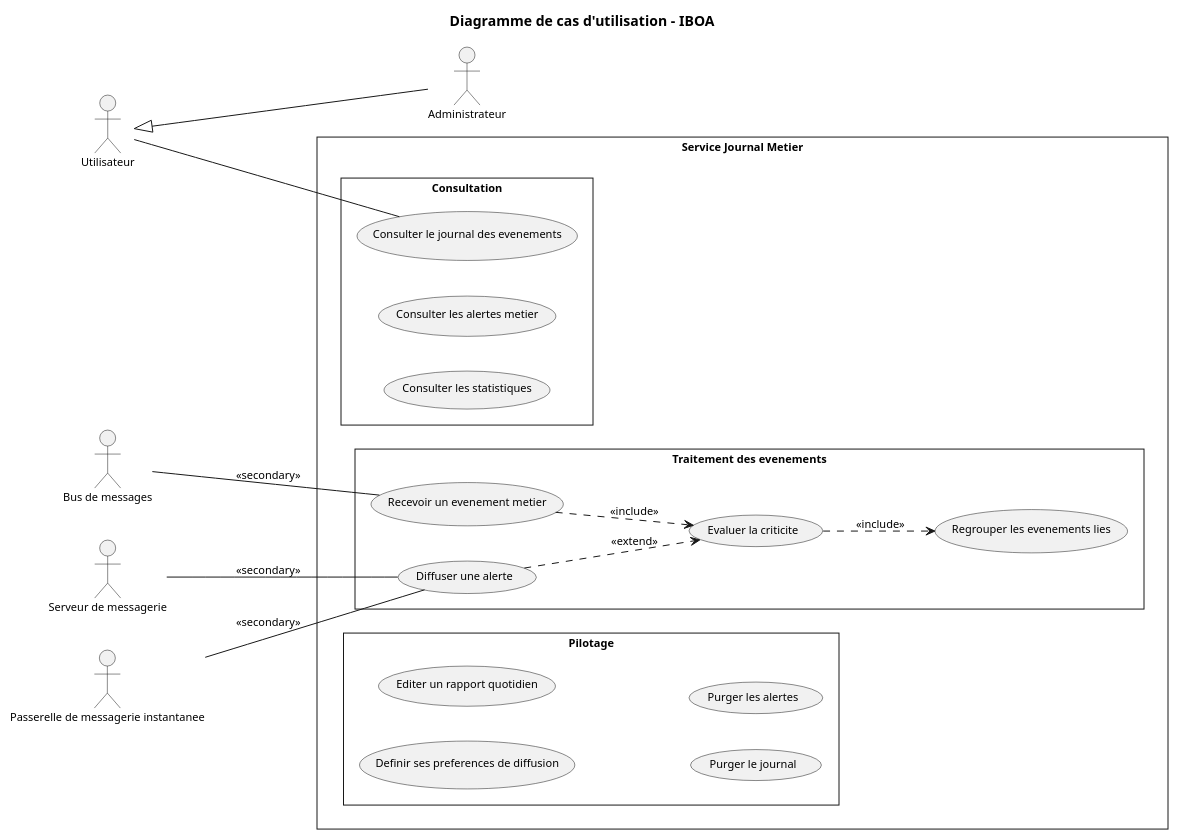
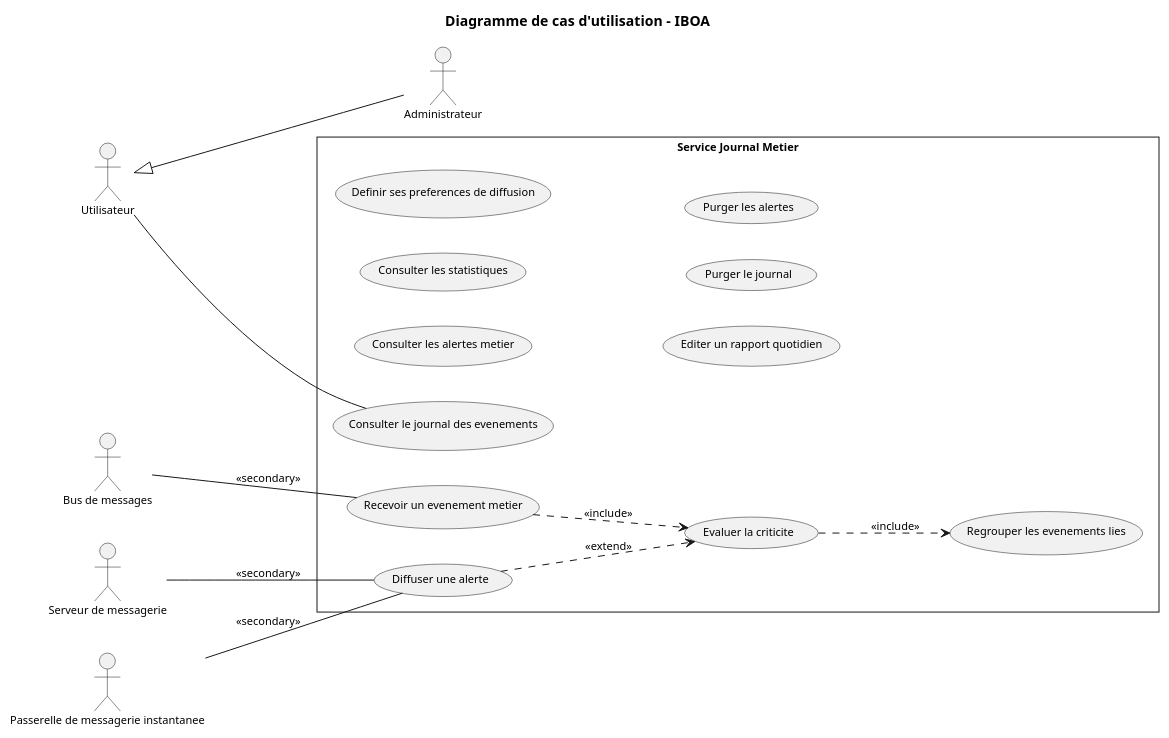
The diagram in docs/diagrams/microservices/IBOA/IBOA-usecase.puml (saber-barhoumi/Xpark-gmao), drawn with PlantUML before and after one commit. The commit also changed 37 other files, not shown here.

```diff
--- a/docs/diagrams/microservices/IBOA/IBOA-usecase.puml
+++ b/docs/diagrams/microservices/IBOA/IBOA-usecase.puml
@@ -1,54 +1,48 @@
 @startuml
 skinparam style strictuml
 skinparam packageStyle rectangle
 skinparam shadowing false
 skinparam defaultFontName Verdana
 skinparam defaultFontSize 11
 skinparam backgroundColor #FFFFFF
 left to right direction
 
 title Diagramme de cas d'utilisation - IBOA
 
 ' Acteurs principaux (a gauche)
 actor "Utilisateur" as Utilisateur
 actor "Administrateur" as Administrateur
 
 Utilisateur <|-- Administrateur
 
 rectangle "Service Journal Metier" {
-  package "Traitement des evenements" {
-    usecase "Recevoir un evenement metier" as UC_Recevoir_un_evenement_metier
-    usecase "Evaluer la criticite" as UC_Evaluer_la_criticite
-    usecase "Regrouper les evenements lies" as UC_Regrouper_les_evenements_lies
-    usecase "Diffuser une alerte" as UC_Diffuser_une_alerte
-  }
-  package "Consultation" {
-    usecase "Consulter le journal des evenements" as UC_Consulter_le_journal_des_evenement
-    usecase "Consulter les alertes metier" as UC_Consulter_les_alertes_metier
-    usecase "Consulter les statistiques" as UC_Consulter_les_statistiques
-  }
-  package "Pilotage" {
-    usecase "Definir ses preferences de diffusion" as UC_Definir_ses_preferences_de_diffusi
-    usecase "Editer un rapport quotidien" as UC_Editer_un_rapport_quotidien
-    usecase "Purger le journal" as UC_Purger_le_journal
-    usecase "Purger les alertes" as UC_Purger_les_alertes
-  }
+  usecase "Recevoir un evenement metier" as UC_Recevoir_un_evenement_metier
+  usecase "Evaluer la criticite" as UC_Evaluer_la_criticite
+  usecase "Regrouper les evenements lies" as UC_Regrouper_les_evenements_lies
+  usecase "Diffuser une alerte" as UC_Diffuser_une_alerte
+  usecase "Consulter le journal des evenements" as UC_Consulter_le_journal_des_evenement
+  usecase "Consulter les alertes metier" as UC_Consulter_les_alertes_metier
+  usecase "Consulter les statistiques" as UC_Consulter_les_statistiques
+  usecase "Definir ses preferences de diffusion" as UC_Definir_ses_preferences_de_diffusi
+  usecase "Editer un rapport quotidien" as UC_Editer_un_rapport_quotidien
+  usecase "Purger le journal" as UC_Purger_le_journal
+  usecase "Purger les alertes" as UC_Purger_les_alertes
 }
 
 ' Acteurs secondaires (a droite, hors frontiere)
 actor "Bus de messages" as Bus
 actor "Serveur de messagerie" as SMTP
 actor "Passerelle de messagerie instantanee" as Twilio
 
 ' Associations : trait continu sans fleche (UML : relation d'association)
 Utilisateur -- UC_Consulter_le_journal_des_evenement
 
 Bus -- UC_Recevoir_un_evenement_metier : << secondary >>
 SMTP -- UC_Diffuser_une_alerte : << secondary >>
 Twilio -- UC_Diffuser_une_alerte : << secondary >>
 
 UC_Recevoir_un_evenement_metier ..> UC_Evaluer_la_criticite : << include >>
 UC_Evaluer_la_criticite ..> UC_Regrouper_les_evenements_lies : << include >>
 UC_Diffuser_une_alerte ..> UC_Evaluer_la_criticite : << extend >>
 
 @enduml
```
